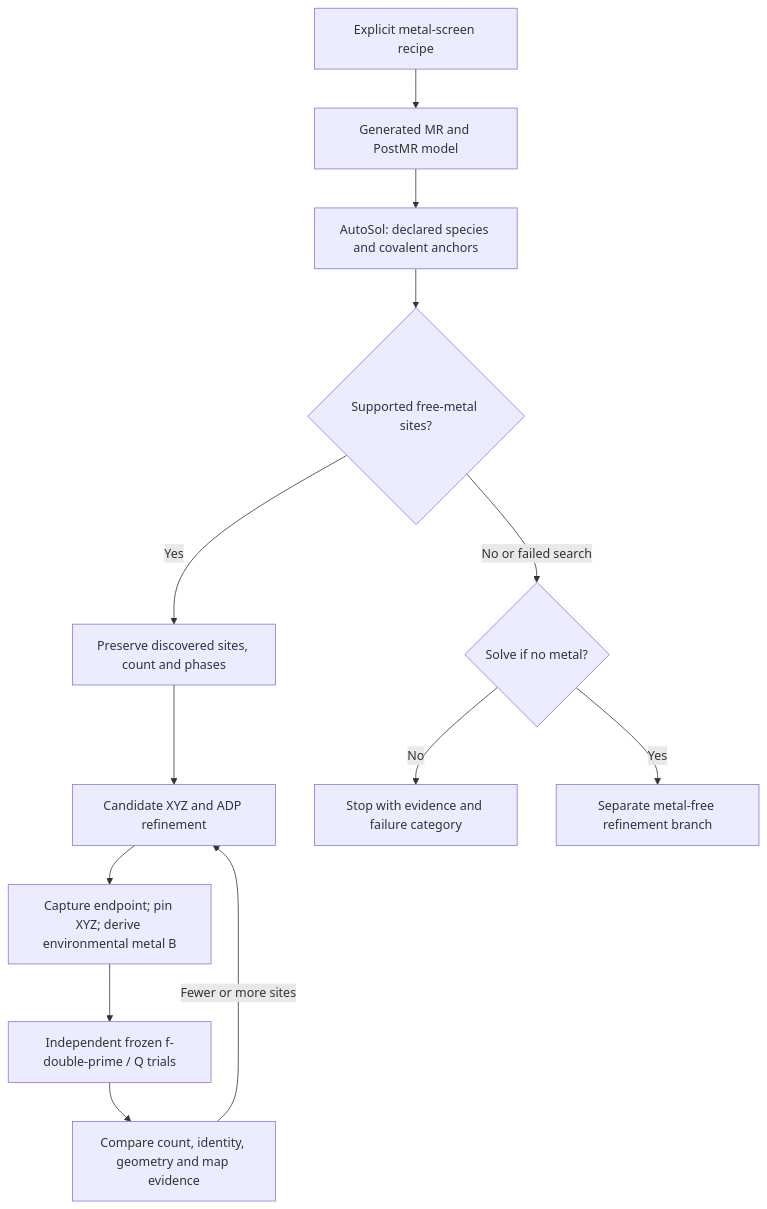
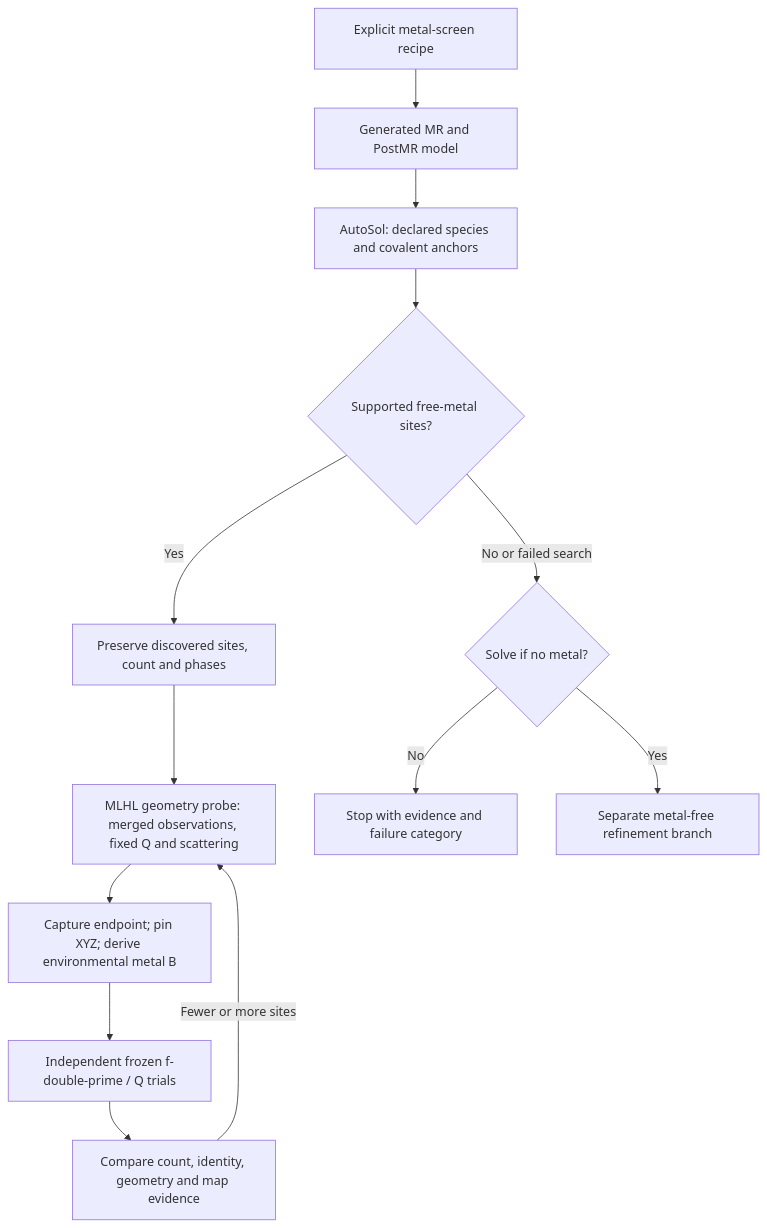
Before and after one commit to vecchioni-lab/NASolve: the diagram in docs/metal-screen.md, drawn with Mermaid. The commit also changed other lines of this file and 9 other files, not shown here.

````diff
--- a/docs/metal-screen.md
+++ b/docs/metal-screen.md
@@ -115,15 +116,15 @@
 ```mermaid
 flowchart TD
     R[Explicit metal-screen recipe] --> M[Generated MR and PostMR model]
     M --> A[AutoSol: declared species and covalent anchors]
     A --> S{Supported free-metal sites?}
     S -->|Yes| C[Preserve discovered sites, count and phases]
-    C --> G[Candidate XYZ and ADP refinement]
+    C --> G[MLHL geometry probe: merged observations, fixed Q and scattering]
     G --> B[Capture endpoint; pin XYZ; derive environmental metal B]
     B --> F[Independent frozen f-double-prime / Q trials]
     F --> E[Compare count, identity, geometry and map evidence]
     E -->|Fewer or more sites| G
     S -->|No or failed search| P{Solve if no metal?}
     P -->|No| X[Stop with evidence and failure category]
     P -->|Yes| Z[Separate metal-free refinement branch]
 ```
````
